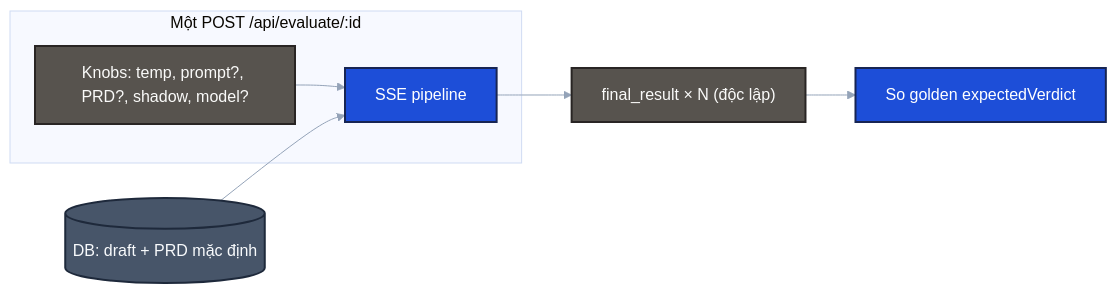
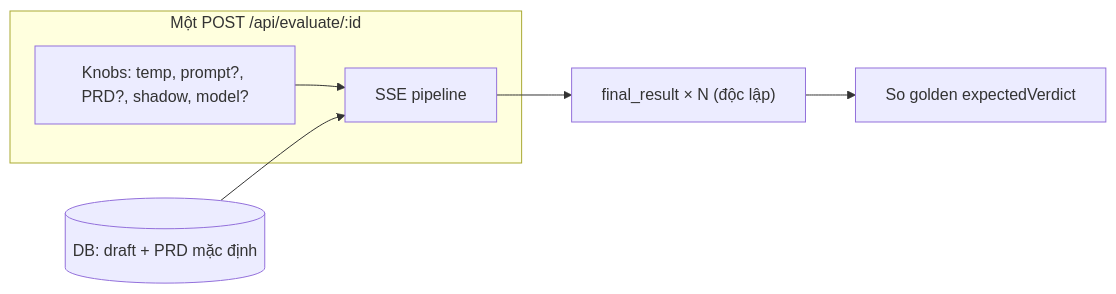
One commit to Tritintruong114/ai-agents-qa changed the eighth of 8 diagrams in README.md. Above: the diagram before and after it, drawn with Mermaid. The commit also changed other lines of this file, not shown here.

First line of the commit message:
docs(readme): simplify Mermaid diagrams (remove theme, classDef, node classes)

````diff
--- a/README.md
+++ b/README.md
@@ -350,14 +306,10 @@
 ```mermaid
-%%{init: {'theme':'base', 'themeVariables': {'lineColor': '#94a3b8', 'primaryTextColor': '#0f172a'}}}%%
 flowchart LR
-    classDef db fill:#475569,stroke:#1e293b,color:#f8fafc,stroke-width:2px;
-    classDef neutral fill:#1d4ed8,stroke:#172554,color:#ffffff,stroke-width:2px;
-    classDef step fill:#57534e,stroke:#292524,color:#fafaf9,stroke-width:2px;
 
     subgraph POST["Một POST /api/evaluate/:id"]
-        K["Knobs: temp, prompt?, PRD?, shadow, model?"]:::step --> E[SSE pipeline]:::neutral
+        K["Knobs: temp, prompt?, PRD?, shadow, model?"] --> E[SSE pipeline]
     end
-    D[("DB: draft + PRD mặc định")]:::db --> E
-    E --> R["final_result × N (độc lập)"]:::step
-    R --> G["So golden expectedVerdict"]:::neutral
+    D[("DB: draft + PRD mặc định")] --> E
+    E --> R["final_result × N (độc lập)"]
+    R --> G["So golden expectedVerdict"]
 ```
````
